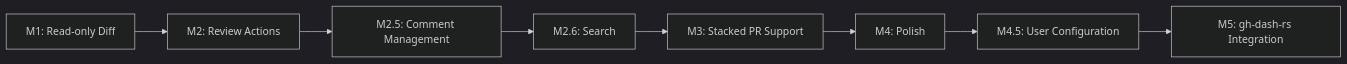
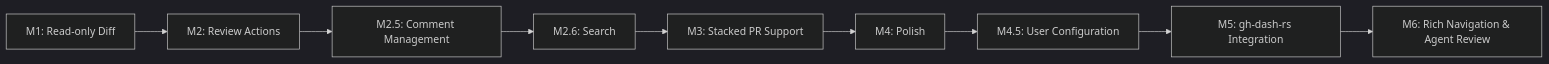
One commit to Neville-Loh/gh-review changed the first of 11 diagrams in docs/ROADMAP.md. Above: the diagram before and after it, drawn with Mermaid (dark theme). The commit also changed other lines of this file, not shown here.

Commit message:
update roadmap to include rich navigation

````diff
--- a/docs/ROADMAP.md
+++ b/docs/ROADMAP.md
@@ -5,10 +5,11 @@
 ```mermaid
 graph LR
     M1["M1: Read-only Diff"] --> M2["M2: Review Actions"]
     M2 --> M25["M2.5: Comment Management"]
     M25 --> M26["M2.6: Search"]
     M26 --> M3["M3: Stacked PR Support"]
     M3 --> M4["M4: Polish"]
     M4 --> M45["M4.5: User Configuration"]
     M45 --> M5["M5: gh-dash-rs Integration"]
+    M5 --> M6["M6: Rich Navigation & Agent Review"]
 ```
````
